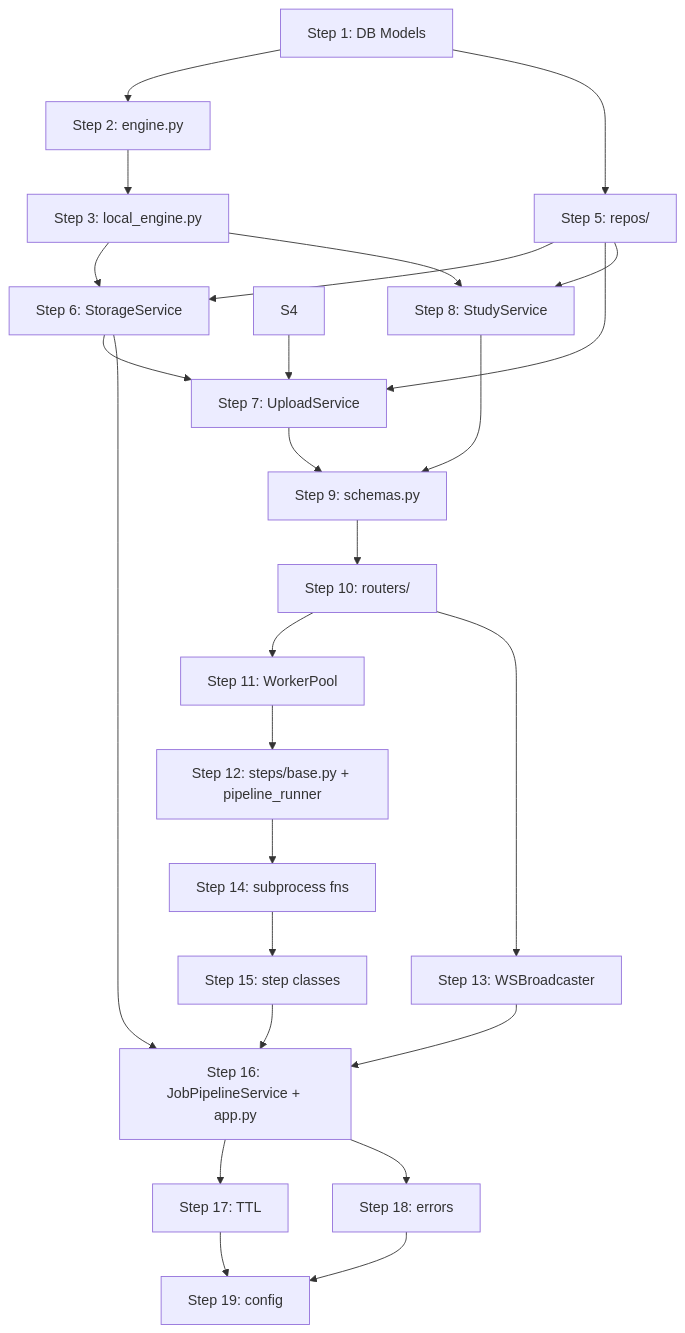
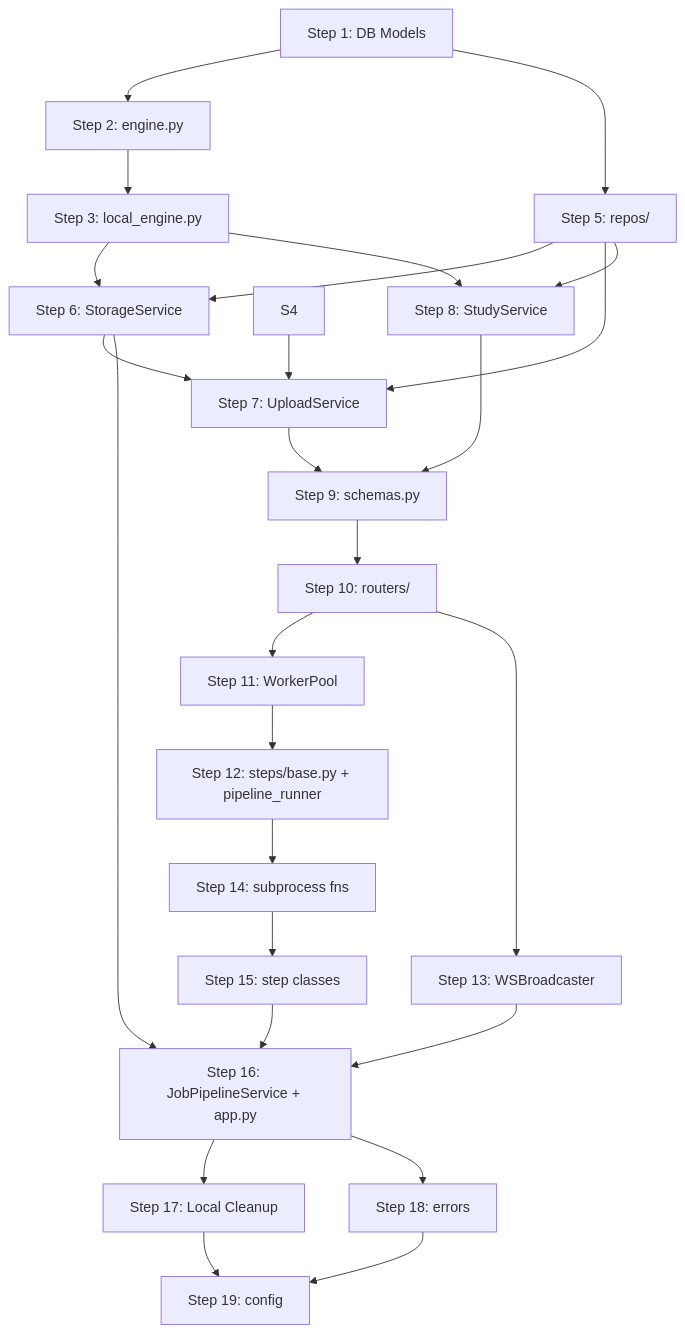
One commit to pFornagiel/toothviz changed the diagram in plans/implementation_flow.md. Above: the diagram before and after it, drawn with Mermaid. The commit also changed other lines of this file and 2 other files, not shown here.

Commit message:
feat: enhance storage engine with upload management and cleanup methods

````diff
--- a/plans/implementation_flow.md
+++ b/plans/implementation_flow.md
@@ -469,28 +480,28 @@
 ```mermaid
 graph TD
     S1[Step 1: DB Models] --> S2[Step 2: engine.py]
     S2 --> S3[Step 3: local_engine.py]
     S1 --> S5[Step 5: repos/]
     S3 --> S6[Step 6: StorageService]
     S5 --> S6
     S6 --> S7[Step 7: UploadService]
     S4 --> S7
     S5 --> S7
     S5 --> S8[Step 8: StudyService]
     S3 --> S8
     S7 --> S9[Step 9: schemas.py]
     S8 --> S9
     S9 --> S10[Step 10: routers/]
     S10 --> S11[Step 11: WorkerPool]
     S11 --> S12[Step 12: steps/base.py + pipeline_runner]
     S10 --> S13[Step 13: WSBroadcaster]
     S12 --> S14[Step 14: subprocess fns]
     S14 --> S15[Step 15: step classes]
     S15 --> S16[Step 16: JobPipelineService + app.py]
     S13 --> S16
     S6 --> S16
-    S16 --> S17[Step 17: TTL]
+    S16 --> S17[Step 17: Local Cleanup]
     S16 --> S18[Step 18: errors]
     S17 --> S19[Step 19: config]
     S18 --> S19
 ```
````
